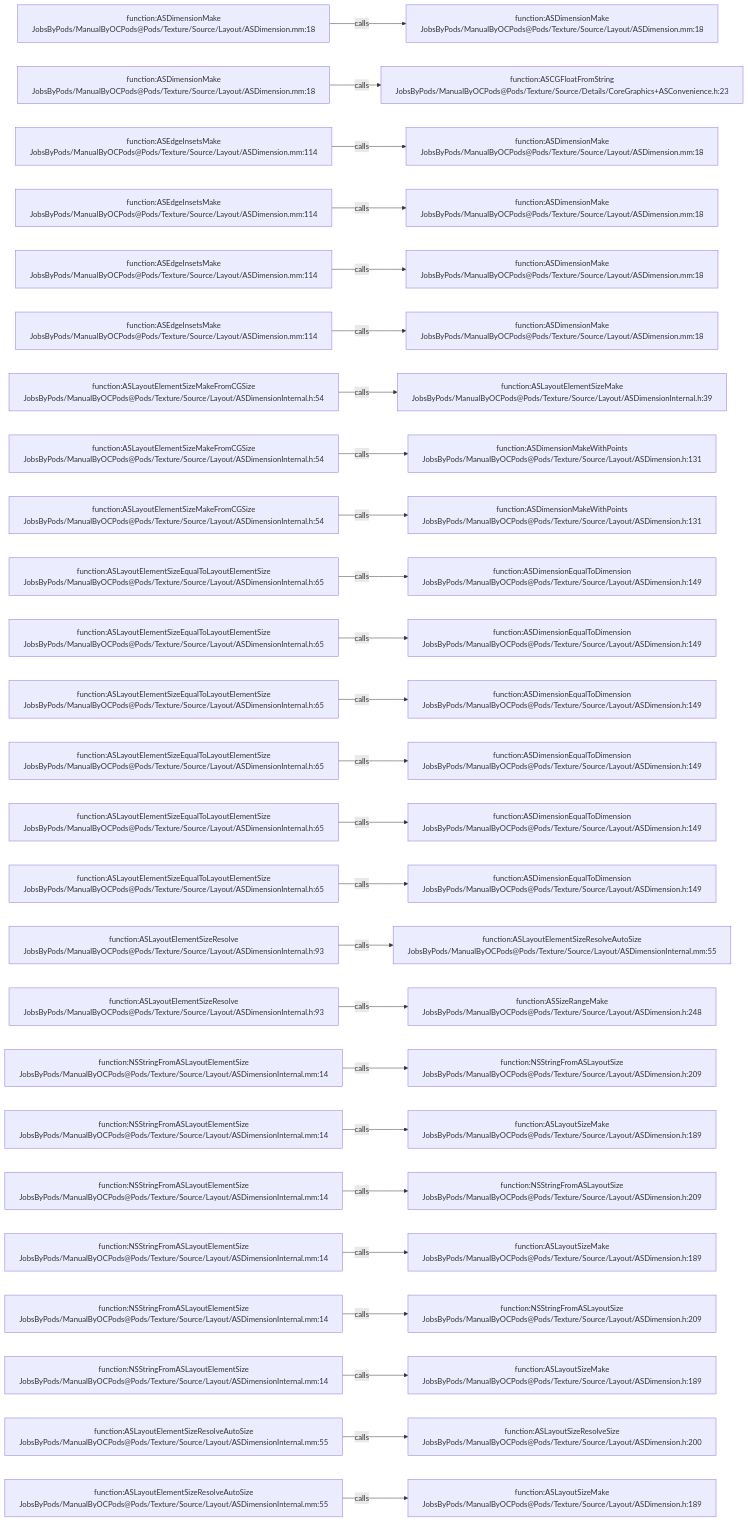
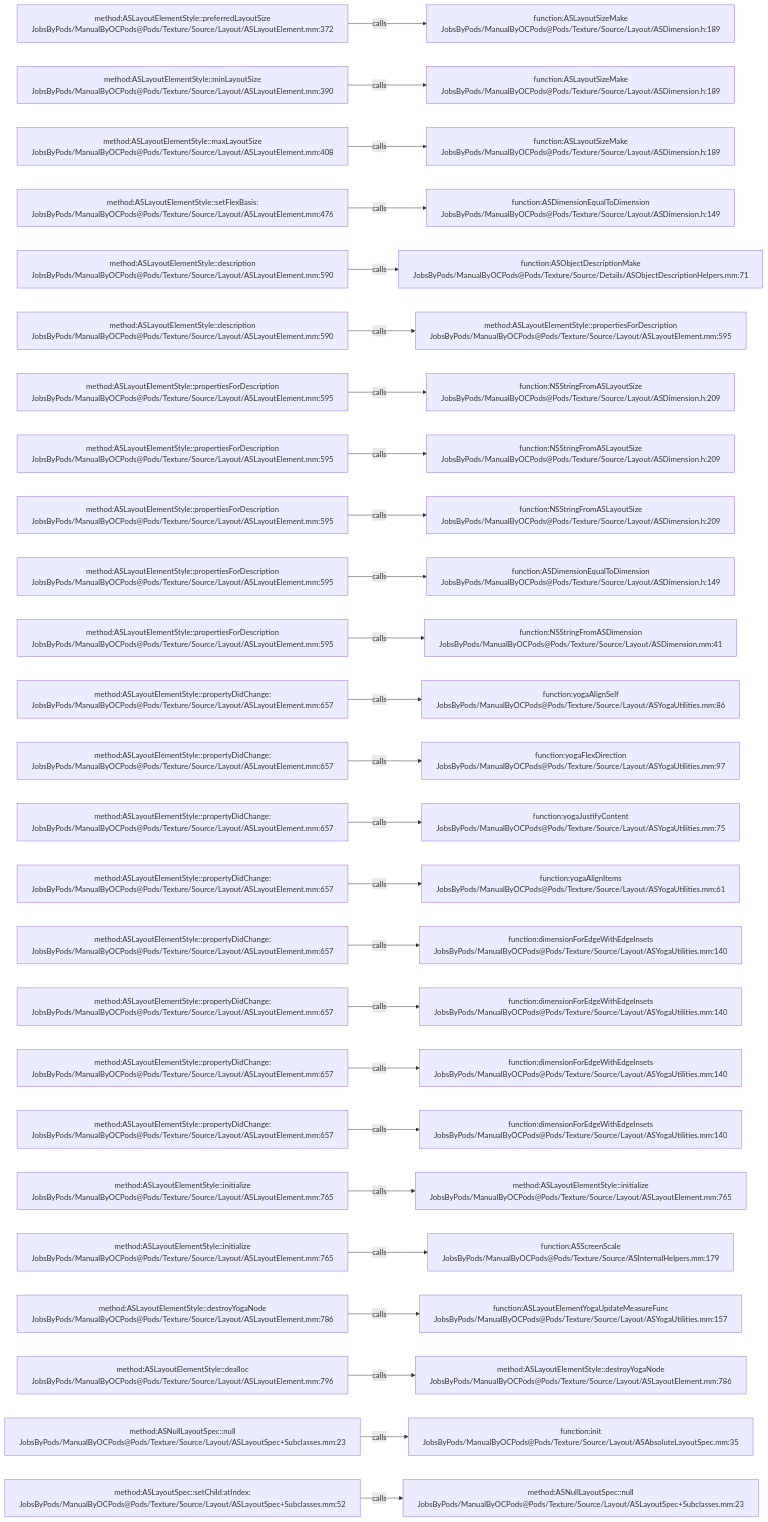
One commit to JobsKits/JobsOCBaseConfigDemo changed the diagram in .codegraph/codegraph.md/graphs/calls-178.md. Above: the diagram before and after it, drawn with Mermaid. The commit also changed 1353 other files, not shown here.

````diff
--- a/.codegraph/codegraph.md/graphs/calls-178.md
+++ b/.codegraph/codegraph.md/graphs/calls-178.md
@@ -13,78 +13,78 @@
 ```mermaid
 flowchart LR
-  S1["function:ASDimensionMake<br/>JobsByPods/ManualByOCPods@Pods/Texture/Source/Layout/ASDimension.mm:18"]
-  T1["function:ASDimensionMake<br/>JobsByPods/ManualByOCPods@Pods/Texture/Source/Layout/ASDimension.mm:18"]
+  S1["method:ASLayoutElementStyle::preferredLayoutSize<br/>JobsByPods/ManualByOCPods@Pods/Texture/Source/Layout/ASLayoutElement.mm:372"]
+  T1["function:ASLayoutSizeMake<br/>JobsByPods/ManualByOCPods@Pods/Texture/Source/Layout/ASDimension.h:189"]
   S1 -->|calls| T1
-  S2["function:ASDimensionMake<br/>JobsByPods/ManualByOCPods@Pods/Texture/Source/Layout/ASDimension.mm:18"]
-  T2["function:ASCGFloatFromString<br/>JobsByPods/ManualByOCPods@Pods/Texture/Source/Details/CoreGraphics+ASConvenience.h:23"]
+  S2["method:ASLayoutElementStyle::minLayoutSize<br/>JobsByPods/ManualByOCPods@Pods/Texture/Source/Layout/ASLayoutElement.mm:390"]
+  T2["function:ASLayoutSizeMake<br/>JobsByPods/ManualByOCPods@Pods/Texture/Source/Layout/ASDimension.h:189"]
   S2 -->|calls| T2
-  S3["function:ASEdgeInsetsMake<br/>JobsByPods/ManualByOCPods@Pods/Texture/Source/Layout/ASDimension.mm:114"]
-  T3["function:ASDimensionMake<br/>JobsByPods/ManualByOCPods@Pods/Texture/Source/Layout/ASDimension.mm:18"]
+  S3["method:ASLayoutElementStyle::maxLayoutSize<br/>JobsByPods/ManualByOCPods@Pods/Texture/Source/Layout/ASLayoutElement.mm:408"]
+  T3["function:ASLayoutSizeMake<br/>JobsByPods/ManualByOCPods@Pods/Texture/Source/Layout/ASDimension.h:189"]
   S3 -->|calls| T3
-  S4["function:ASEdgeInsetsMake<br/>JobsByPods/ManualByOCPods@Pods/Texture/Source/Layout/ASDimension.mm:114"]
-  T4["function:ASDimensionMake<br/>JobsByPods/ManualByOCPods@Pods/Texture/Source/Layout/ASDimension.mm:18"]
+  S4["method:ASLayoutElementStyle::setFlexBasis:<br/>JobsByPods/ManualByOCPods@Pods/Texture/Source/Layout/ASLayoutElement.mm:476"]
+  T4["function:ASDimensionEqualToDimension<br/>JobsByPods/ManualByOCPods@Pods/Texture/Source/Layout/ASDimension.h:149"]
   S4 -->|calls| T4
-  S5["function:ASEdgeInsetsMake<br/>JobsByPods/ManualByOCPods@Pods/Texture/Source/Layout/ASDimension.mm:114"]
-  T5["function:ASDimensionMake<br/>JobsByPods/ManualByOCPods@Pods/Texture/Source/Layout/ASDimension.mm:18"]
+  S5["method:ASLayoutElementStyle::description<br/>JobsByPods/ManualByOCPods@Pods/Texture/Source/Layout/ASLayoutElement.mm:590"]
+  T5["function:ASObjectDescriptionMake<br/>JobsByPods/ManualByOCPods@Pods/Texture/Source/Details/ASObjectDescriptionHelpers.mm:71"]
   S5 -->|calls| T5
-  S6["function:ASEdgeInsetsMake<br/>JobsByPods/ManualByOCPods@Pods/Texture/Source/Layout/ASDimension.mm:114"]
-  T6["function:ASDimensionMake<br/>JobsByPods/ManualByOCPods@Pods/Texture/Source/Layout/ASDimension.mm:18"]
+  S6["method:ASLayoutElementStyle::description<br/>JobsByPods/ManualByOCPods@Pods/Texture/Source/Layout/ASLayoutElement.mm:590"]
+  T6["method:ASLayoutElementStyle::propertiesForDescription<br/>JobsByPods/ManualByOCPods@Pods/Texture/Source/Layout/ASLayoutElement.mm:595"]
   S6 -->|calls| T6
-  S7["function:ASLayoutElementSizeMakeFromCGSize<br/>JobsByPods/ManualByOCPods@Pods/Texture/Source/Layout/ASDimensionInternal.h:54"]
-  T7["function:ASLayoutElementSizeMake<br/>JobsByPods/ManualByOCPods@Pods/Texture/Source/Layout/ASDimensionInternal.h:39"]
+  S7["method:ASLayoutElementStyle::propertiesForDescription<br/>JobsByPods/ManualByOCPods@Pods/Texture/Source/Layout/ASLayoutElement.mm:595"]
+  T7["function:NSStringFromASLayoutSize<br/>JobsByPods/ManualByOCPods@Pods/Texture/Source/Layout/ASDimension.h:209"]
   S7 -->|calls| T7
-  S8["function:ASLayoutElementSizeMakeFromCGSize<br/>JobsByPods/ManualByOCPods@Pods/Texture/Source/Layout/ASDimensionInternal.h:54"]
-  T8["function:ASDimensionMakeWithPoints<br/>JobsByPods/ManualByOCPods@Pods/Texture/Source/Layout/ASDimension.h:131"]
+  S8["method:ASLayoutElementStyle::propertiesForDescription<br/>JobsByPods/ManualByOCPods@Pods/Texture/Source/Layout/ASLayoutElement.mm:595"]
+  T8["function:NSStringFromASLayoutSize<br/>JobsByPods/ManualByOCPods@Pods/Texture/Source/Layout/ASDimension.h:209"]
   S8 -->|calls| T8
-  S9["function:ASLayoutElementSizeMakeFromCGSize<br/>JobsByPods/ManualByOCPods@Pods/Texture/Source/Layout/ASDimensionInternal.h:54"]
-  T9["function:ASDimensionMakeWithPoints<br/>JobsByPods/ManualByOCPods@Pods/Texture/Source/Layout/ASDimension.h:131"]
+  S9["method:ASLayoutElementStyle::propertiesForDescription<br/>JobsByPods/ManualByOCPods@Pods/Texture/Source/Layout/ASLayoutElement.mm:595"]
+  T9["function:NSStringFromASLayoutSize<br/>JobsByPods/ManualByOCPods@Pods/Texture/Source/Layout/ASDimension.h:209"]
   S9 -->|calls| T9
-  S10["function:ASLayoutElementSizeEqualToLayoutElementSize<br/>JobsByPods/ManualByOCPods@Pods/Texture/Source/Layout/ASDimensionInternal.h:65"]
+  S10["method:ASLayoutElementStyle::propertiesForDescription<br/>JobsByPods/ManualByOCPods@Pods/Texture/Source/Layout/ASLayoutElement.mm:595"]
   T10["function:ASDimensionEqualToDimension<br/>JobsByPods/ManualByOCPods@Pods/Texture/Source/Layout/ASDimension.h:149"]
   S10 -->|calls| T10
-  S11["function:ASLayoutElementSizeEqualToLayoutElementSize<br/>JobsByPods/ManualByOCPods@Pods/Texture/Source/Layout/ASDimensionInternal.h:65"]
-  T11["function:ASDimensionEqualToDimension<br/>JobsByPods/ManualByOCPods@Pods/Texture/Source/Layout/ASDimension.h:149"]
+  S11["method:ASLayoutElementStyle::propertiesForDescription<br/>JobsByPods/ManualByOCPods@Pods/Texture/Source/Layout/ASLayoutElement.mm:595"]
+  T11["function:NSStringFromASDimension<br/>JobsByPods/ManualByOCPods@Pods/Texture/Source/Layout/ASDimension.mm:41"]
   S11 -->|calls| T11
-  S12["function:ASLayoutElementSizeEqualToLayoutElementSize<br/>JobsByPods/ManualByOCPods@Pods/Texture/Source/Layout/ASDimensionInternal.h:65"]
-  T12["function:ASDimensionEqualToDimension<br/>JobsByPods/ManualByOCPods@Pods/Texture/Source/Layout/ASDimension.h:149"]
+  S12["method:ASLayoutElementStyle::propertyDidChange:<br/>JobsByPods/ManualByOCPods@Pods/Texture/Source/Layout/ASLayoutElement.mm:657"]
+  T12["function:yogaAlignSelf<br/>JobsByPods/ManualByOCPods@Pods/Texture/Source/Layout/ASYogaUtilities.mm:86"]
   S12 -->|calls| T12
-  S13["function:ASLayoutElementSizeEqualToLayoutElementSize<br/>JobsByPods/ManualByOCPods@Pods/Texture/Source/Layout/ASDimensionInternal.h:65"]
-  T13["function:ASDimensionEqualToDimension<br/>JobsByPods/ManualByOCPods@Pods/Texture/Source/Layout/ASDimension.h:149"]
+  S13["method:ASLayoutElementStyle::propertyDidChange:<br/>JobsByPods/ManualByOCPods@Pods/Texture/Source/Layout/ASLayoutElement.mm:657"]
+  T13["function:yogaFlexDirection<br/>JobsByPods/ManualByOCPods@Pods/Texture/Source/Layout/ASYogaUtilities.mm:97"]
   S13 -->|calls| T13
-  S14["function:ASLayoutElementSizeEqualToLayoutElementSize<br/>JobsByPods/ManualByOCPods@Pods/Texture/Source/Layout/ASDimensionInternal.h:65"]
-  T14["function:ASDimensionEqualToDimension<br/>JobsByPods/ManualByOCPods@Pods/Texture/Source/Layout/ASDimension.h:149"]
+  S14["method:ASLayoutElementStyle::propertyDidChange:<br/>JobsByPods/ManualByOCPods@Pods/Texture/Source/Layout/ASLayoutElement.mm:657"]
+  T14["function:yogaJustifyContent<br/>JobsByPods/ManualByOCPods@Pods/Texture/Source/Layout/ASYogaUtilities.mm:75"]
   S14 -->|calls| T14
-  S15["function:ASLayoutElementSizeEqualToLayoutElementSize<br/>JobsByPods/ManualByOCPods@Pods/Texture/Source/Layout/ASDimensionInternal.h:65"]
-  T15["function:ASDimensionEqualToDimension<br/>JobsByPods/ManualByOCPods@Pods/Texture/Source/Layout/ASDimension.h:149"]
+  S15["method:ASLayoutElementStyle::propertyDidChange:<br/>JobsByPods/ManualByOCPods@Pods/Texture/Source/Layout/ASLayoutElement.mm:657"]
+  T15["function:yogaAlignItems<br/>JobsByPods/ManualByOCPods@Pods/Texture/Source/Layout/ASYogaUtilities.mm:61"]
   S15 -->|calls| T15
-  S16["function:ASLayoutElementSizeResolve<br/>JobsByPods/ManualByOCPods@Pods/Texture/Source/Layout/ASDimensionInternal.h:93"]
-  T16["function:ASLayoutElementSizeResolveAutoSize<br/>JobsByPods/ManualByOCPods@Pods/Texture/Source/Layout/ASDimensionInternal.mm:55"]
+  S16["method:ASLayoutElementStyle::propertyDidChange:<br/>JobsByPods/ManualByOCPods@Pods/Texture/Source/Layout/ASLayoutElement.mm:657"]
+  T16["function:dimensionForEdgeWithEdgeInsets<br/>JobsByPods/ManualByOCPods@Pods/Texture/Source/Layout/ASYogaUtilities.mm:140"]
   S16 -->|calls| T16
-  S17["function:ASLayoutElementSizeResolve<br/>JobsByPods/ManualByOCPods@Pods/Texture/Source/Layout/ASDimensionInternal.h:93"]
-  T17["function:ASSizeRangeMake<br/>JobsByPods/ManualByOCPods@Pods/Texture/Source/Layout/ASDimension.h:248"]
+  S17["method:ASLayoutElementStyle::propertyDidChange:<br/>JobsByPods/ManualByOCPods@Pods/Texture/Source/Layout/ASLayoutElement.mm:657"]
+  T17["function:dimensionForEdgeWithEdgeInsets<br/>JobsByPods/ManualByOCPods@Pods/Texture/Source/Layout/ASYogaUtilities.mm:140"]
   S17 -->|calls| T17
-  S18["function:NSStringFromASLayoutElementSize<br/>JobsByPods/ManualByOCPods@Pods/Texture/Source/Layout/ASDimensionInternal.mm:14"]
-  T18["function:NSStringFromASLayoutSize<br/>JobsByPods/ManualByOCPods@Pods/Texture/Source/Layout/ASDimension.h:209"]
+  S18["method:ASLayoutElementStyle::propertyDidChange:<br/>JobsByPods/ManualByOCPods@Pods/Texture/Source/Layout/ASLayoutElement.mm:657"]
+  T18["function:dimensionForEdgeWithEdgeInsets<br/>JobsByPods/ManualByOCPods@Pods/Texture/Source/Layout/ASYogaUtilities.mm:140"]
   S18 -->|calls| T18
-  S19["function:NSStringFromASLayoutElementSize<br/>JobsByPods/ManualByOCPods@Pods/Texture/Source/Layout/ASDimensionInternal.mm:14"]
-  T19["function:ASLayoutSizeMake<br/>JobsByPods/ManualByOCPods@Pods/Texture/Source/Layout/ASDimension.h:189"]
+  S19["method:ASLayoutElementStyle::propertyDidChange:<br/>JobsByPods/ManualByOCPods@Pods/Texture/Source/Layout/ASLayoutElement.mm:657"]
+  T19["function:dimensionForEdgeWithEdgeInsets<br/>JobsByPods/ManualByOCPods@Pods/Texture/Source/Layout/ASYogaUtilities.mm:140"]
   S19 -->|calls| T19
-  S20["function:NSStringFromASLayoutElementSize<br/>JobsByPods/ManualByOCPods@Pods/Texture/Source/Layout/ASDimensionInternal.mm:14"]
-  T20["function:NSStringFromASLayoutSize<br/>JobsByPods/ManualByOCPods@Pods/Texture/Source/Layout/ASDimension.h:209"]
+  S20["method:ASLayoutElementStyle::initialize<br/>JobsByPods/ManualByOCPods@Pods/Texture/Source/Layout/ASLayoutElement.mm:765"]
+  T20["method:ASLayoutElementStyle::initialize<br/>JobsByPods/ManualByOCPods@Pods/Texture/Source/Layout/ASLayoutElement.mm:765"]
   S20 -->|calls| T20
-  S21["function:NSStringFromASLayoutElementSize<br/>JobsByPods/ManualByOCPods@Pods/Texture/Source/Layout/ASDimensionInternal.mm:14"]
-  T21["function:ASLayoutSizeMake<br/>JobsByPods/ManualByOCPods@Pods/Texture/Source/Layout/ASDimension.h:189"]
+  S21["method:ASLayoutElementStyle::initialize<br/>JobsByPods/ManualByOCPods@Pods/Texture/Source/Layout/ASLayoutElement.mm:765"]
+  T21["function:ASScreenScale<br/>JobsByPods/ManualByOCPods@Pods/Texture/Source/ASInternalHelpers.mm:179"]
   S21 -->|calls| T21
-  S22["function:NSStringFromASLayoutElementSize<br/>JobsByPods/ManualByOCPods@Pods/Texture/Source/Layout/ASDimensionInternal.mm:14"]
-  T22["function:NSStringFromASLayoutSize<br/>JobsByPods/ManualByOCPods@Pods/Texture/Source/Layout/ASDimension.h:209"]
+  S22["method:ASLayoutElementStyle::destroyYogaNode<br/>JobsByPods/ManualByOCPods@Pods/Texture/Source/Layout/ASLayoutElement.mm:786"]
+  T22["function:ASLayoutElementYogaUpdateMeasureFunc<br/>JobsByPods/ManualByOCPods@Pods/Texture/Source/Layout/ASYogaUtilities.mm:157"]
   S22 -->|calls| T22
-  S23["function:NSStringFromASLayoutElementSize<br/>JobsByPods/ManualByOCPods@Pods/Texture/Source/Layout/ASDimensionInternal.mm:14"]
-  T23["function:ASLayoutSizeMake<br/>JobsByPods/ManualByOCPods@Pods/Texture/Source/Layout/ASDimension.h:189"]
+  S23["method:ASLayoutElementStyle::dealloc<br/>JobsByPods/ManualByOCPods@Pods/Texture/Source/Layout/ASLayoutElement.mm:796"]
+  T23["method:ASLayoutElementStyle::destroyYogaNode<br/>JobsByPods/ManualByOCPods@Pods/Texture/Source/Layout/ASLayoutElement.mm:786"]
   S23 -->|calls| T23
-  S24["function:ASLayoutElementSizeResolveAutoSize<br/>JobsByPods/ManualByOCPods@Pods/Texture/Source/Layout/ASDimensionInternal.mm:55"]
-  T24["function:ASLayoutSizeResolveSize<br/>JobsByPods/ManualByOCPods@Pods/Texture/Source/Layout/ASDimension.h:200"]
+  S24["method:ASNullLayoutSpec::null<br/>JobsByPods/ManualByOCPods@Pods/Texture/Source/Layout/ASLayoutSpec+Subclasses.mm:23"]
+  T24["function:init<br/>JobsByPods/ManualByOCPods@Pods/Texture/Source/Layout/ASAbsoluteLayoutSpec.mm:35"]
   S24 -->|calls| T24
-  S25["function:ASLayoutElementSizeResolveAutoSize<br/>JobsByPods/ManualByOCPods@Pods/Texture/Source/Layout/ASDimensionInternal.mm:55"]
-  T25["function:ASLayoutSizeMake<br/>JobsByPods/ManualByOCPods@Pods/Texture/Source/Layout/ASDimension.h:189"]
+  S25["method:ASLayoutSpec::setChild:atIndex:<br/>JobsByPods/ManualByOCPods@Pods/Texture/Source/Layout/ASLayoutSpec+Subclasses.mm:52"]
+  T25["method:ASNullLayoutSpec::null<br/>JobsByPods/ManualByOCPods@Pods/Texture/Source/Layout/ASLayoutSpec+Subclasses.mm:23"]
   S25 -->|calls| T25
 ```
````
